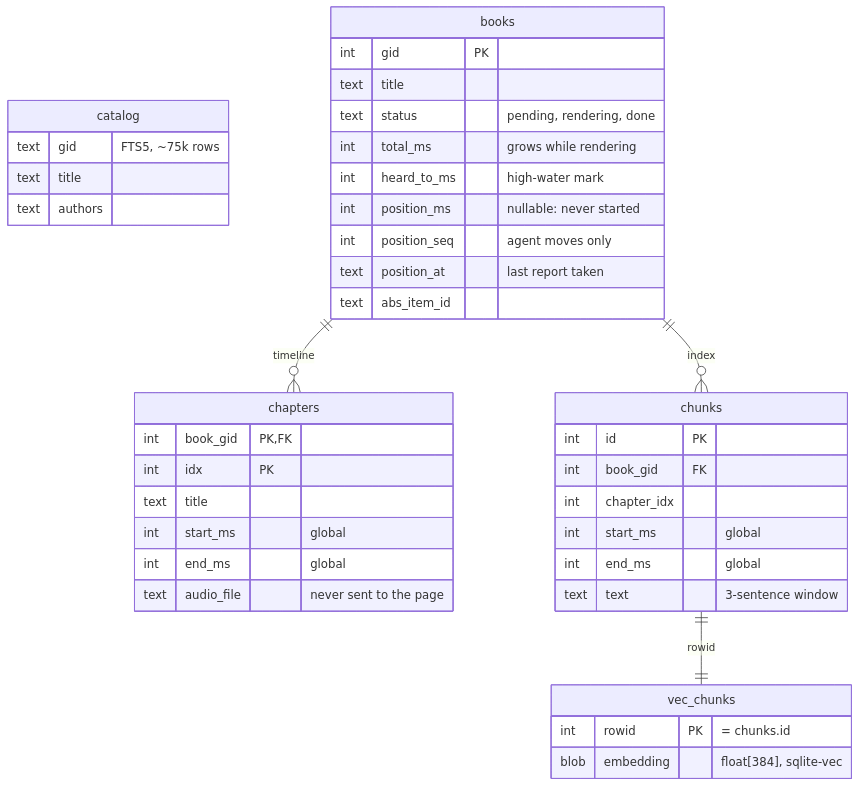
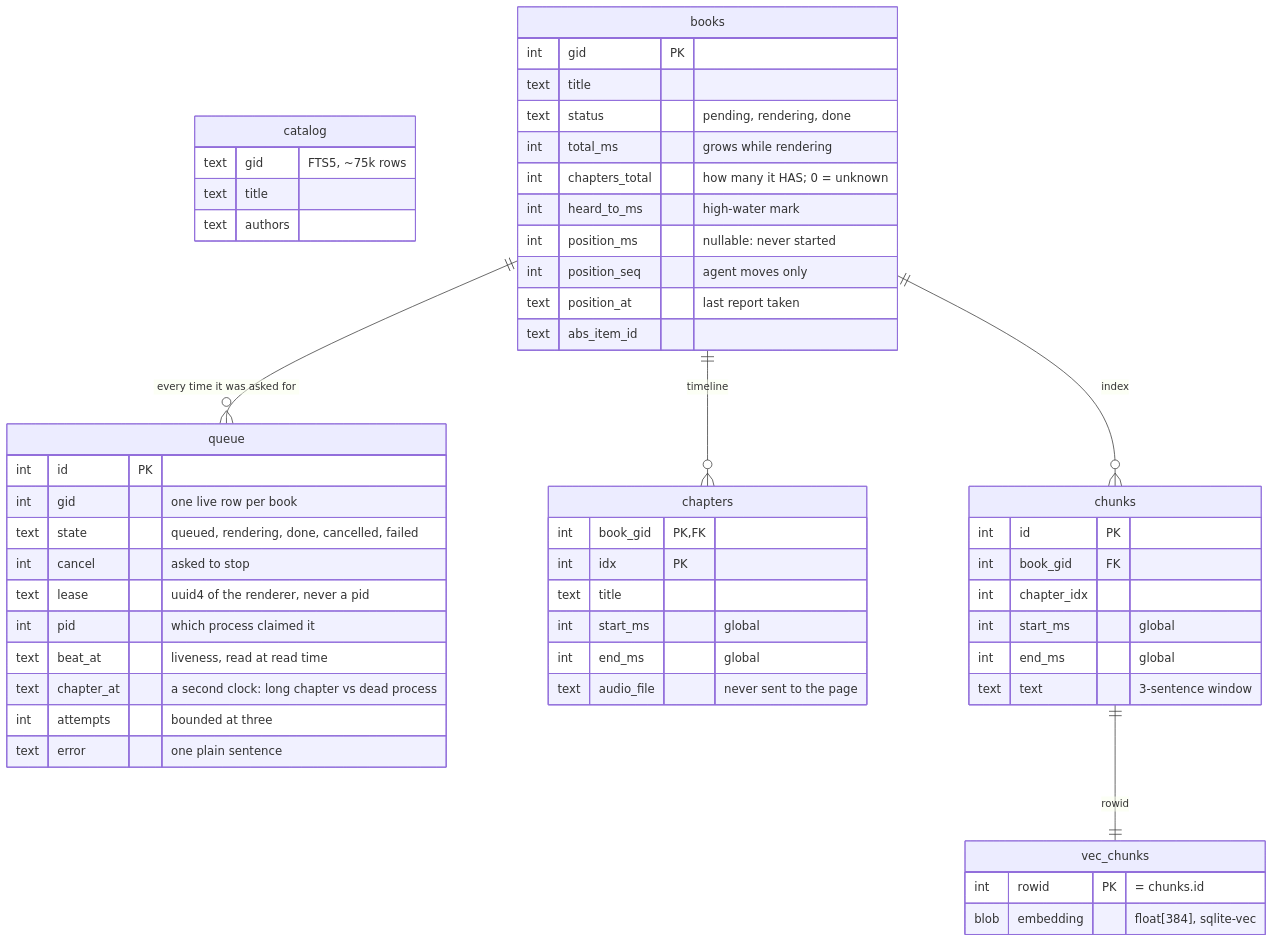
The third of 5 diagrams in docs/explanations/architecture.md (gilesknap/somnia), drawn with Mermaid before and after one commit. The commit also changed other lines of this file and 7 other files, not shown here.

First line of the commit message:
Add books from the one screen, without giving it a second one

````diff
--- a/docs/explanations/architecture.md
+++ b/docs/explanations/architecture.md
@@ -123,43 +150,57 @@
 ```mermaid
 erDiagram
   catalog {
     text gid "FTS5, ~75k rows"
     text title
     text authors
   }
   books {
     int gid PK
     text title
     text status "pending, rendering, done"
     int total_ms "grows while rendering"
+    int chapters_total "how many it HAS; 0 = unknown"
     int heard_to_ms "high-water mark"
     int position_ms "nullable: never started"
     int position_seq "agent moves only"
     text position_at "last report taken"
     text abs_item_id
+  }
+  queue {
+    int id PK
+    int gid "one live row per book"
+    text state "queued, rendering, done, cancelled, failed"
+    int cancel "asked to stop"
+    text lease "uuid4 of the renderer, never a pid"
+    int pid "which process claimed it"
+    text beat_at "liveness, read at read time"
+    text chapter_at "a second clock: long chapter vs dead process"
+    int attempts "bounded at three"
+    text error "one plain sentence"
   }
   chapters {
     int book_gid PK, FK
     int idx PK
     text title
     int start_ms "global"
     int end_ms "global"
     text audio_file "never sent to the page"
   }
   chunks {
     int id PK
     int book_gid FK
     int chapter_idx
     int start_ms "global"
     int end_ms "global"
     text text "3-sentence window"
   }
   vec_chunks {
     int rowid PK "= chunks.id"
     blob embedding "float[384], sqlite-vec"
   }
 
   books ||--o{ chapters : "timeline"
   books ||--o{ chunks : "index"
   chunks ||--|| vec_chunks : "rowid"
+  books ||--o{ queue : "every time it was asked for"
 ```
````
